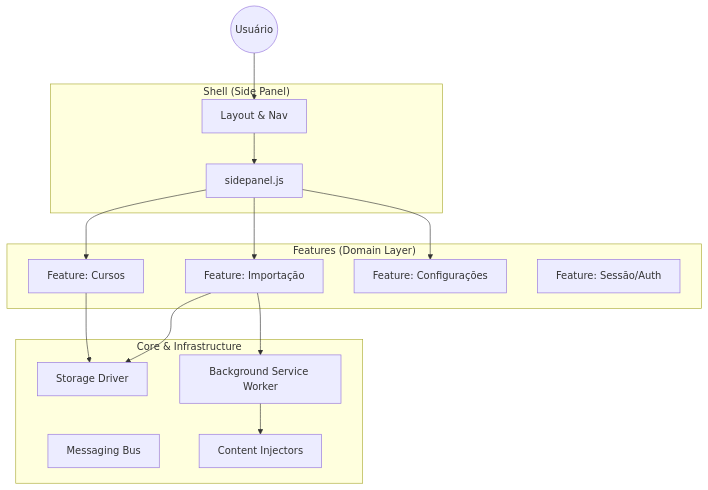
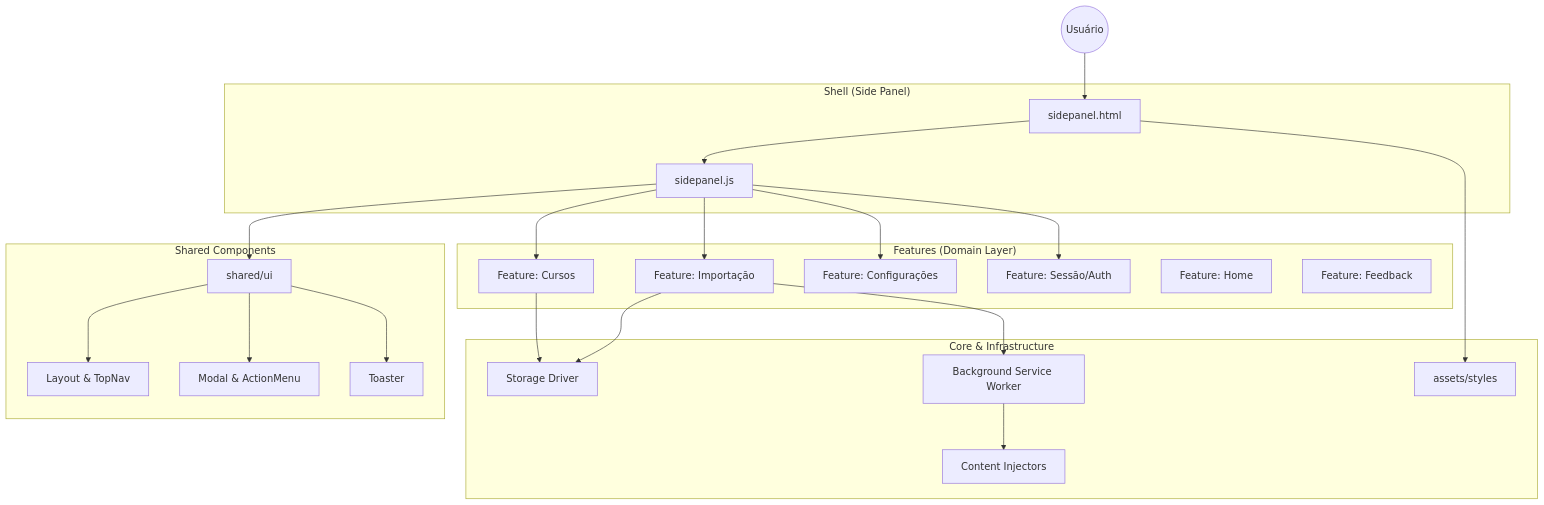
The diagram in docs/TECNOLOGIAS_E_ARQUITETURA.md (Gerson-Santiago/extensaoUNIVESP), drawn with Mermaid before and after one commit. The commit also changed other lines of this file and 1 other file, not shown here.

````diff
--- a/docs/TECNOLOGIAS_E_ARQUITETURA.md
+++ b/docs/TECNOLOGIAS_E_ARQUITETURA.md
@@ -35,31 +35,43 @@
 ```mermaid
 graph TD
     User((Usuário))
     
     subgraph "Shell (Side Panel)"
         Orchestrator[sidepanel.js]
-        GlobalUI[Layout & Nav]
+        HTML[sidepanel.html]
+    end
+
+    subgraph "Shared Components"
+        SharedUI[shared/ui]
+        Layout[Layout & TopNav]
+        Modal[Modal & ActionMenu]
+        Toaster[Toaster]
     end
 
     subgraph "Features (Domain Layer)"
         Courses[Feature: Cursos]
         Import[Feature: Importação]
         Settings[Feature: Configurações]
         Session[Feature: Sessão/Auth]
+        Home[Feature: Home]
+        Feedback[Feature: Feedback]
     end
 
     subgraph "Core & Infrastructure"
         StorageAdapter[Storage Driver]
-        MsgBus[Messaging Bus]
+        Assets[assets/styles]
         BgWorker[Background Service Worker]
         ContentScripts[Content Injectors]
     end
 
-    User --> GlobalUI
-    GlobalUI --> Orchestrator
-    Orchestrator --> Courses & Import & Settings
+    User --> HTML
+    HTML --> Orchestrator
+    Orchestrator --> SharedUI
+    SharedUI --> Layout & Modal & Toaster
+    Orchestrator --> Courses & Import & Settings & Session
     
     Courses & Import --> StorageAdapter
     Import --> BgWorker
     BgWorker --> ContentScripts
+    HTML --> Assets
 ```
````
